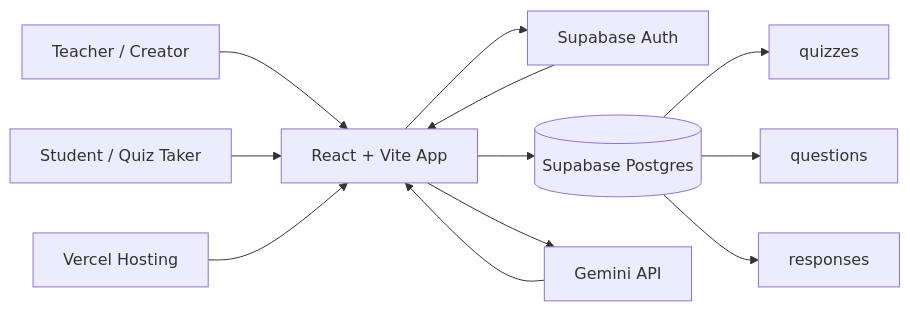
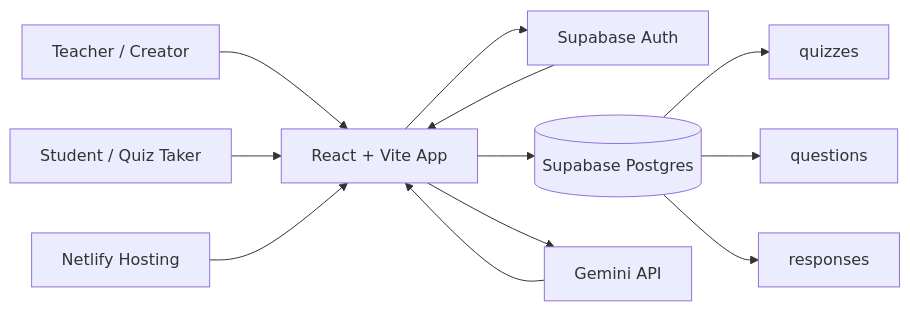
One commit to dhineshbuilder/6ixQuest changed the diagram in README.md. Above: the diagram before and after it, drawn with Mermaid. The commit also changed other lines of this file and 3 other files, not shown here.

````diff
--- a/README.md
+++ b/README.md
@@ -50,18 +50,18 @@
 ```mermaid
 flowchart LR
   Creator[Teacher / Creator] --> UI[React + Vite App]
   Student[Student / Quiz Taker] --> UI
 
   UI --> Auth[Supabase Auth]
   UI --> DB[(Supabase Postgres)]
   UI --> AI[Gemini API]
 
   Auth --> UI
   AI --> UI
 
   DB --> Quizzes[quizzes]
   DB --> Questions[questions]
   DB --> Responses[responses]
 
-  Vercel[Vercel Hosting] --> UI
+  Netlify[Netlify Hosting] --> UI
 ```
````
